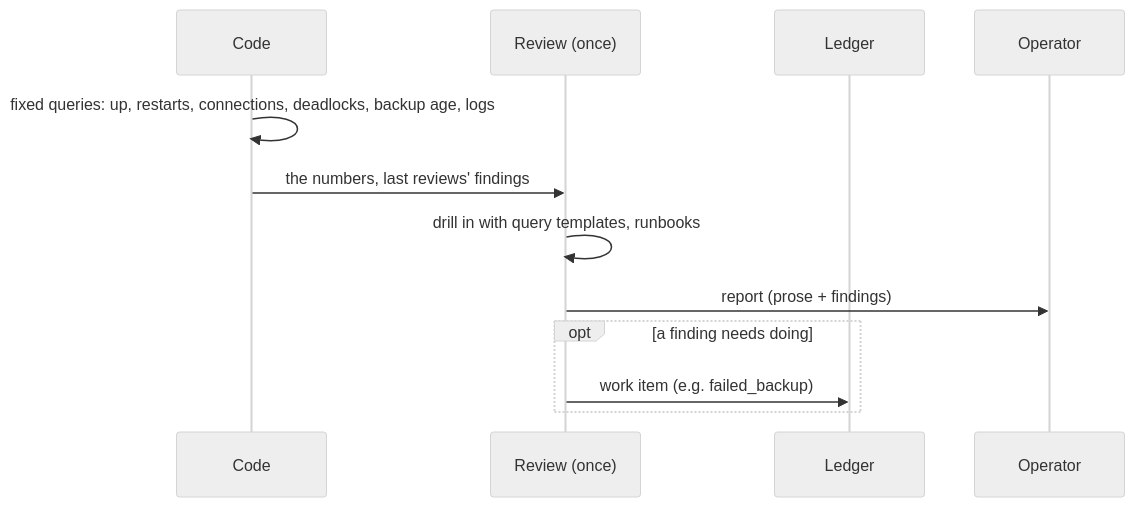
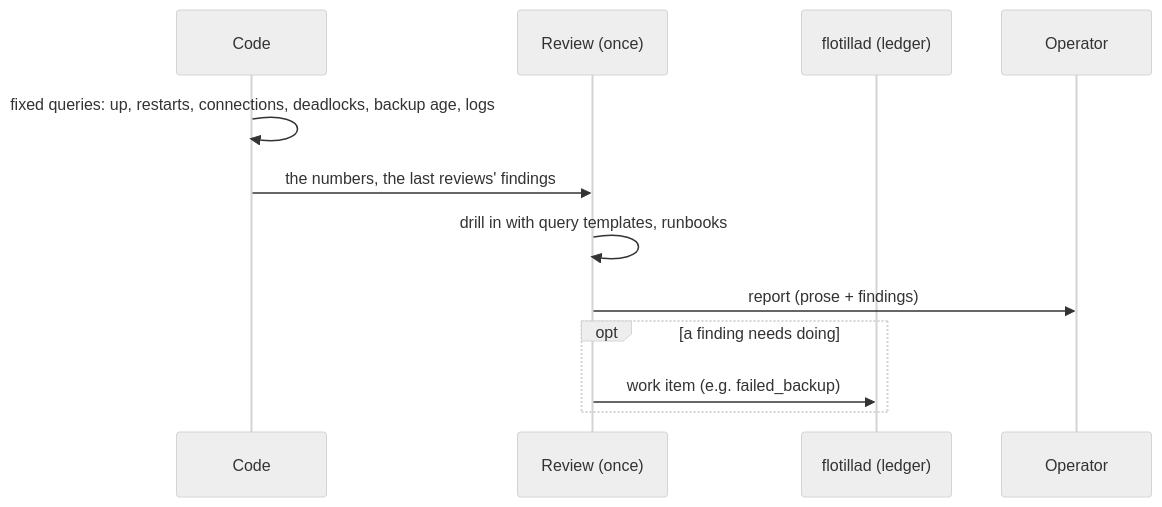
Before and after one commit to chipi/flotilla: the fifth of 9 diagrams in docs/rfc/RFC-0004-agent-pipeline.md, drawn with Mermaid (neutral theme). The commit also changed other lines of this file, not shown here.

````diff
--- a/docs/rfc/RFC-0004-agent-pipeline.md
+++ b/docs/rfc/RFC-0004-agent-pipeline.md
@@ -271,14 +338,14 @@
 ```mermaid
 sequenceDiagram
     participant C as Code
     participant R as Review (once)
-    participant L as Ledger
+    participant F as flotillad (ledger)
     participant Op as Operator
     C->>C: fixed queries: up, restarts, connections, deadlocks, backup age, logs
-    C->>R: the numbers, last reviews' findings
+    C->>R: the numbers, the last reviews' findings
     R->>R: drill in with query templates, runbooks
     R->>Op: report (prose + findings)
     opt a finding needs doing
-        R->>L: work item (e.g. failed_backup)
+        R->>F: work item (e.g. failed_backup)
     end
 ```
````
